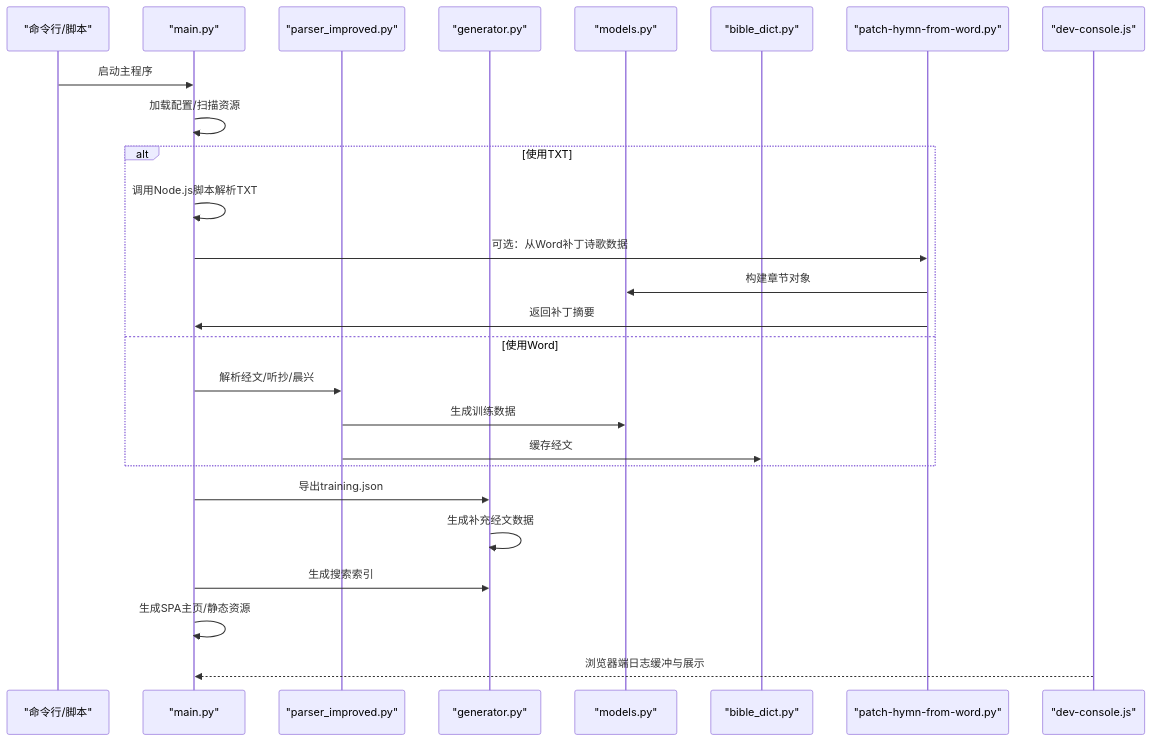
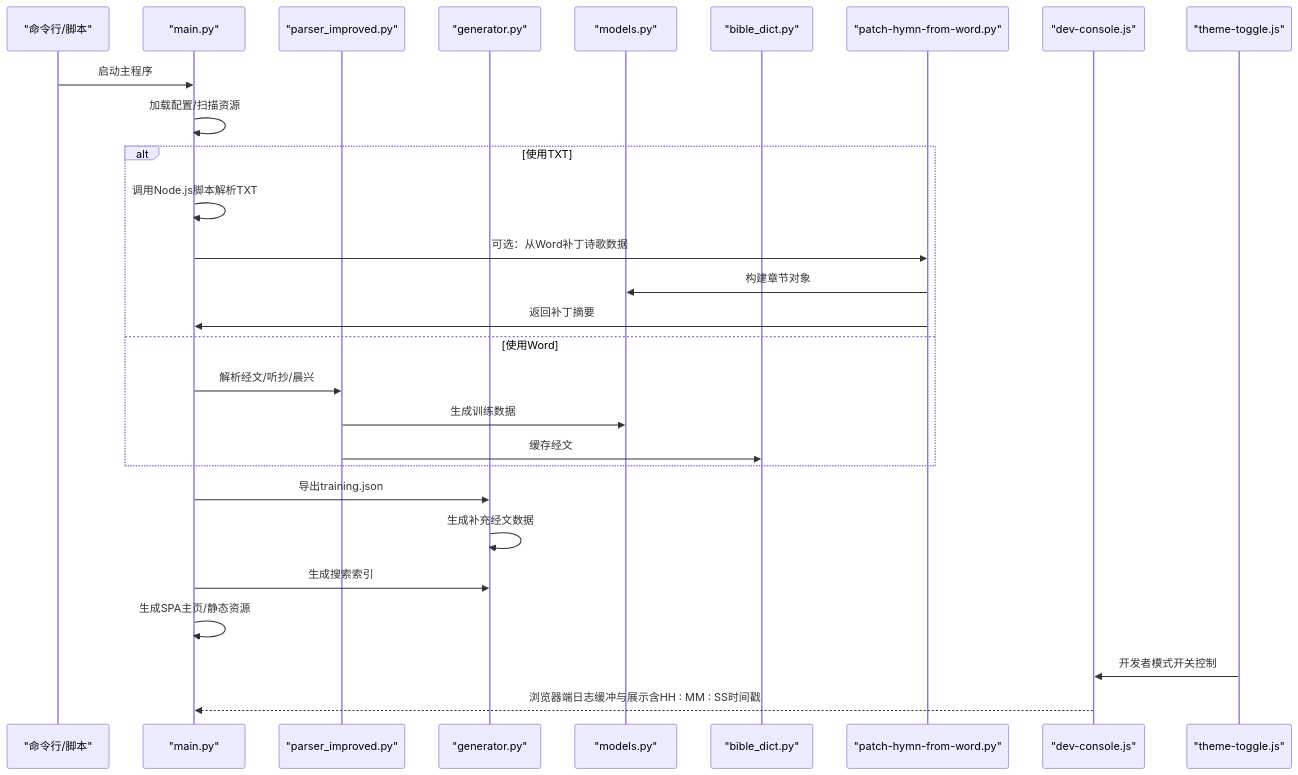
Before and after one commit to zhao-zg/cx: the second of 6 diagrams in .qoder/repowiki/zh/content/故障排除/调试工具和方法.md, drawn with Mermaid. The commit also changed other lines of this file and 44 other files, not shown here.

````diff
--- a/.qoder/repowiki/zh/content/故障排除/调试工具和方法.md
+++ b/.qoder/repowiki/zh/content/故障排除/调试工具和方法.md
@@ -108,28 +116,30 @@
 ```mermaid
 sequenceDiagram
 participant CLI as "命令行/脚本"
 participant Main as "main.py"
 participant Parser as "parser_improved.py"
 participant Gen as "generator.py"
 participant Model as "models.py"
 participant Dict as "bible_dict.py"
 participant Patch as "patch-hymn-from-word.py"
 participant Dev as "dev-console.js"
+participant Theme as "theme-toggle.js"
 CLI->>Main : 启动主程序
 Main->>Main : 加载配置/扫描资源
 alt 使用TXT
 Main->>Main : 调用Node.js脚本解析TXT
 Main->>Patch : 可选：从Word补丁诗歌数据
 Patch->>Model : 构建章节对象
 Patch->>Main : 返回补丁摘要
 else 使用Word
 Main->>Parser : 解析经文/听抄/晨兴
 Parser->>Model : 生成训练数据
 Parser->>Dict : 缓存经文
 end
 Main->>Gen : 导出training.json
 Gen->>Gen : 生成补充经文数据
 Main->>Gen : 生成搜索索引
 Main->>Main : 生成SPA主页/静态资源
-Dev-->>Main : 浏览器端日志缓冲与展示
+Theme->>Dev : 开发者模式开关控制
+Dev-->>Main : 浏览器端日志缓冲与展示含HH : MM : SS时间戳
 ```
````
